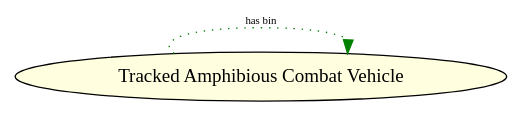
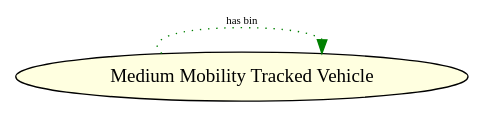
One commit to fwromano/ontology_generator changed the diagram in 4omDOT.dot. Above: the diagram before and after it, drawn with Graphviz. The commit also changed other lines of this file and 2 other files, not shown here.

```diff
--- a/4omDOT.dot
+++ b/4omDOT.dot
@@ -1,12 +1,12 @@
 strict digraph G {
 rankdir=LR;
 fontsize=10;
+http [shape=box, style=filled, fillcolor=lightblue, color=black, label="All Terrain Vehicle", tooltip="A class representing small vehicles designed for varied terrains."];
+http [shape=box, style=filled, fillcolor=lightblue, color=black, label="Tracked Vehicle", tooltip="A class representing vehicles that move on tracks."];
+http [shape=box, style=filled, fillcolor=lightblue, color=black, label="Ground Vehicle", tooltip="A class representing various types of ground vehicles."];
+http [shape=box, style=filled, fillcolor=lightblue, color=black, label="Amphibious Combat Vehicle", tooltip="A class representing military vehicles capable of operating on land and water."];
 http [shape=box, style=filled, fillcolor=lightblue, color=black, label="Wheeled Vehicle", tooltip="A class representing vehicles that move on wheels."];
 http [shape=box, style=filled, fillcolor=lightblue, color=black, label="Vehicle Bin", tooltip="A class representing categories of vehicles based on mobility."];
-http [shape=box, style=filled, fillcolor=lightblue, color=black, label="Tracked Vehicle", tooltip="A class representing vehicles that move on tracks."];
-http [shape=box, style=filled, fillcolor=lightblue, color=black, label="Ground Vehicle", tooltip="A class representing various types of ground vehicles."];
-http [shape=box, style=filled, fillcolor=lightblue, color=black, label="All Terrain Vehicle", tooltip="A class representing small vehicles designed for varied terrains."];
-http [shape=box, style=filled, fillcolor=lightblue, color=black, label="Amphibious Combat Vehicle", tooltip="A class representing military vehicles capable of operating on land and water."];
 http [shape=box, style=filled, fillcolor=lightblue, color=black, label="Tracked Vehicle", tooltip="A class representing vehicles that move on tracks."];
 http [shape=box, style=filled, fillcolor=lightblue, color=black, label="Ground Vehicle", tooltip="A class representing various types of ground vehicles."];
 http:"//www.example.org/ontology#TrackedVehicle" -> http:"//www.example.org/ontology#GroundVehicle" [label=subClassOf, style=dotted, color=blue];
@@ -19,60 +19,60 @@
 http [shape=box, style=filled, fillcolor=lightblue, color=black, label="Ground Vehicle", tooltip="A class representing various types of ground vehicles."];
 http [shape=box, style=filled, fillcolor=lightblue, color=black, label="Vehicle Bin", tooltip="A class representing categories of vehicles based on mobility."];
 http:"//www.example.org/ontology#GroundVehicle" -> http:"//www.example.org/ontology#VehicleBin" [label="has bin", fontsize=8, color=gray];
-http [shape=ellipse, style=filled, fillcolor=lightyellow, color=black, label="has maximum road speed", tooltip="The maximum speed of the vehicle in kilometers per hour."];
 http [shape=ellipse, style=filled, fillcolor=lightyellow, color=black, label="has power-to-weight ratio", tooltip="The power-to-weight ratio of the vehicle."];
 http [shape=ellipse, style=filled, fillcolor=lightyellow, color=black, label="Low Mobility Tracked Vehicle", tooltip="Vehicles with low mobility capabilities on tracks."];
-http [shape=ellipse, style=filled, fillcolor=lightyellow, color=black, label="Medium Mobility Wheeled Vehicle", tooltip="Vehicles with medium mobility capabilities on wheels."];
-http [shape=ellipse, style=filled, fillcolor=lightyellow, color=black, label=M60AVLB];
+http [shape=ellipse, style=filled, fillcolor=lightyellow, color=black, label="High Mobility Wheeled Vehicle", tooltip="Vehicles with high mobility capabilities on wheels."];
 http [shape=ellipse, style=filled, fillcolor=lightyellow, color=black, label="Light All Terrain Vehicle", tooltip="Light vehicles designed for various terrains."];
-http [shape=ellipse, style=filled, fillcolor=lightyellow, color=black, label="Medium Mobility Tracked Vehicle", tooltip="Vehicles with medium mobility capabilities on tracks."];
-http [shape=ellipse, style=filled, fillcolor=lightyellow, color=black, label="M1A1 Tank"];
-http [shape=ellipse, style=filled, fillcolor=lightyellow, color=black, label="M1084 MTV"];
-http [shape=ellipse, style=filled, fillcolor=lightyellow, color=black, label="High Mobility Tracked Vehicle", tooltip="Vehicles with high mobility capabilities on tracks."];
+http [shape=ellipse, style=filled, fillcolor=lightyellow, color=black, label="Wheeled Amphibious Combat Vehicle", tooltip="Amphibious combat vehicles that are wheeled."];
+http [shape=ellipse, style=filled, fillcolor=lightyellow, color=black, label="has maximum road speed", tooltip="The maximum speed of the vehicle in kilometers per hour."];
+http [shape=ellipse, style=filled, fillcolor=lightyellow, color=black, label="M113A2 APC"];
 http [shape=ellipse, style=filled, fillcolor=lightyellow, color=black, label="has combat weight", tooltip="The weight of the vehicle in kilograms."];
-http [shape=ellipse, style=filled, fillcolor=lightyellow, color=black, label="Low Mobility Wheeled Vehicle", tooltip="Vehicles with low mobility capabilities on wheels."];
+http [shape=ellipse, style=filled, fillcolor=lightyellow, color=black, label="Tracked Amphibious Combat Vehicle", tooltip="Amphibious combat vehicles that are tracked."];
 http [shape=ellipse, style=filled, fillcolor=lightyellow, color=black, label="Kawasaki ATV"];
 http [shape=ellipse, style=filled, fillcolor=lightyellow, color=black, label="LAV-25"];
-http [shape=ellipse, style=filled, fillcolor=lightyellow, color=black, label="High Mobility Wheeled Vehicle", tooltip="Vehicles with high mobility capabilities on wheels."];
+http [shape=ellipse, style=filled, fillcolor=lightyellow, color=black, label="M923 Truck"];
 http [shape=ellipse, style=filled, fillcolor=lightyellow, color=black, label="M911 HET"];
-http [shape=ellipse, style=filled, fillcolor=lightyellow, color=black, label="Tracked Amphibious Combat Vehicle", tooltip="Amphibious combat vehicles that are tracked."];
-http [shape=ellipse, style=filled, fillcolor=lightyellow, color=black, label="M923 Truck"];
+http [shape=ellipse, style=filled, fillcolor=lightyellow, color=black, label="Ground Vehicles Categorization Ontology", tooltip="An ontology to categorize ground vehicles based on mobility parameters."];
+http [shape=ellipse, style=filled, fillcolor=lightyellow, color=black, label="Low Mobility Wheeled Vehicle", tooltip="Vehicles with low mobility capabilities on wheels."];
+http [shape=ellipse, style=filled, fillcolor=lightyellow, color=black, label="High Mobility Tracked Vehicle", tooltip="Vehicles with high mobility capabilities on tracks."];
+http [shape=ellipse, style=filled, fillcolor=lightyellow, color=black, label="M1084 MTV"];
+http [shape=ellipse, style=filled, fillcolor=lightyellow, color=black, label="M1A1 Tank"];
+http [shape=ellipse, style=filled, fillcolor=lightyellow, color=black, label=M60AVLB];
 http [shape=ellipse, style=filled, fillcolor=lightyellow, color=black, label="M2A2 Bradley"];
-http [shape=ellipse, style=filled, fillcolor=lightyellow, color=black, label="M113A2 APC"];
-http [shape=ellipse, style=filled, fillcolor=lightyellow, color=black, label="Wheeled Amphibious Combat Vehicle", tooltip="Amphibious combat vehicles that are wheeled."];
-http [shape=ellipse, style=filled, fillcolor=lightyellow, color=black, label="Ground Vehicles Categorization Ontology", tooltip="An ontology to categorize ground vehicles based on mobility parameters."];
+http [shape=ellipse, style=filled, fillcolor=lightyellow, color=black, label="Medium Mobility Tracked Vehicle", tooltip="Vehicles with medium mobility capabilities on tracks."];
+http [shape=ellipse, style=filled, fillcolor=lightyellow, color=black, label="Medium Mobility Wheeled Vehicle", tooltip="Vehicles with medium mobility capabilities on wheels."];
 http:"//www.example.org/ontology#LowMobilityTrackedVehicle" -> http:"//www.example.org/ontology#VehicleBin" [label="rdf:type", color=green];
-http:"//www.example.org/ontology#MediumMobilityWheeledVehicle" -> http:"//www.example.org/ontology#VehicleBin" [label="rdf:type", color=green];
-http:"//www.example.org/ontology#M60AVLB" -> http:"//www.example.org/ontology#TrackedVehicle" [label="rdf:type", color=green];
+http:"//www.example.org/ontology#HighMobilityWheeledVehicle" -> http:"//www.example.org/ontology#VehicleBin" [label="rdf:type", color=green];
 http:"//www.example.org/ontology#LightATV" -> http:"//www.example.org/ontology#VehicleBin" [label="rdf:type", color=green];
-http:"//www.example.org/ontology#MediumMobilityTrackedVehicle" -> http:"//www.example.org/ontology#VehicleBin" [label="rdf:type", color=green];
-http:"//www.example.org/ontology#M1A1" -> http:"//www.example.org/ontology#TrackedVehicle" [label="rdf:type", color=green];
-http:"//www.example.org/ontology#M1084MTV" -> http:"//www.example.org/ontology#WheeledVehicle" [label="rdf:type", color=green];
-http:"//www.example.org/ontology#HighMobilityTrackedVehicle" -> http:"//www.example.org/ontology#VehicleBin" [label="rdf:type", color=green];
-http:"//www.example.org/ontology#LowMobilityWheeledVehicle" -> http:"//www.example.org/ontology#VehicleBin" [label="rdf:type", color=green];
-http:"//www.example.org/ontology#HighMobilityWheeledVehicle" -> http:"//www.example.org/ontology#VehicleBin" [label="rdf:type", color=green];
-http:"//www.example.org/ontology#M911" -> http:"//www.example.org/ontology#WheeledVehicle" [label="rdf:type", color=green];
+http:"//www.example.org/ontology#WheeledACV" -> http:"//www.example.org/ontology#VehicleBin" [label="rdf:type", color=green];
+http:"//www.example.org/ontology#M113A2" -> http:"//www.example.org/ontology#AmphibiousCombatVehicle" [label="rdf:type", color=green];
 http:"//www.example.org/ontology#TrackedACV" -> http:"//www.example.org/ontology#VehicleBin" [label="rdf:type", color=green];
 http:"//www.example.org/ontology#M923" -> http:"//www.example.org/ontology#WheeledVehicle" [label="rdf:type", color=green];
+http:"//www.example.org/ontology#M911" -> http:"//www.example.org/ontology#WheeledVehicle" [label="rdf:type", color=green];
+http:"//www.example.org/ontology#LowMobilityWheeledVehicle" -> http:"//www.example.org/ontology#VehicleBin" [label="rdf:type", color=green];
+http:"//www.example.org/ontology#HighMobilityTrackedVehicle" -> http:"//www.example.org/ontology#VehicleBin" [label="rdf:type", color=green];
+http:"//www.example.org/ontology#M1084MTV" -> http:"//www.example.org/ontology#WheeledVehicle" [label="rdf:type", color=green];
+http:"//www.example.org/ontology#M1A1" -> http:"//www.example.org/ontology#TrackedVehicle" [label="rdf:type", color=green];
+http:"//www.example.org/ontology#M60AVLB" -> http:"//www.example.org/ontology#TrackedVehicle" [label="rdf:type", color=green];
 http:"//www.example.org/ontology#M2A2" -> http:"//www.example.org/ontology#TrackedVehicle" [label="rdf:type", color=green];
-http:"//www.example.org/ontology#M113A2" -> http:"//www.example.org/ontology#AmphibiousCombatVehicle" [label="rdf:type", color=green];
-http:"//www.example.org/ontology#WheeledACV" -> http:"//www.example.org/ontology#VehicleBin" [label="rdf:type", color=green];
-http [shape=ellipse, style=filled, fillcolor=lightyellow, color=black, label="Low Mobility Tracked Vehicle", tooltip="Vehicles with low mobility capabilities on tracks."];
-http:"//www.example.org/ontology#M60AVLB" -> http:"//www.example.org/ontology#LowMobilityTrackedVehicle" [label="has bin", color=green];
-http [shape=ellipse, style=filled, fillcolor=lightyellow, color=black, label="High Mobility Tracked Vehicle", tooltip="Vehicles with high mobility capabilities on tracks."];
-http:"//www.example.org/ontology#M1A1" -> http:"//www.example.org/ontology#HighMobilityTrackedVehicle" [label="has bin", color=green];
-http [shape=ellipse, style=filled, fillcolor=lightyellow, color=black, label="High Mobility Wheeled Vehicle", tooltip="Vehicles with high mobility capabilities on wheels."];
-http:"//www.example.org/ontology#M1084MTV" -> http:"//www.example.org/ontology#HighMobilityWheeledVehicle" [label="has bin", color=green];
+http:"//www.example.org/ontology#MediumMobilityTrackedVehicle" -> http:"//www.example.org/ontology#VehicleBin" [label="rdf:type", color=green];
+http:"//www.example.org/ontology#MediumMobilityWheeledVehicle" -> http:"//www.example.org/ontology#VehicleBin" [label="rdf:type", color=green];
+http [shape=ellipse, style=filled, fillcolor=lightyellow, color=black, label="Tracked Amphibious Combat Vehicle", tooltip="Amphibious combat vehicles that are tracked."];
+http:"//www.example.org/ontology#M113A2" -> http:"//www.example.org/ontology#TrackedACV" [label="has bin", color=green];
 http [shape=ellipse, style=filled, fillcolor=lightyellow, color=black, label="Light All Terrain Vehicle", tooltip="Light vehicles designed for various terrains."];
 http:"//www.example.org/ontology#KawasakiATV" -> http:"//www.example.org/ontology#LightATV" [label="has bin", color=green];
 http [shape=ellipse, style=filled, fillcolor=lightyellow, color=black, label="Wheeled Amphibious Combat Vehicle", tooltip="Amphibious combat vehicles that are wheeled."];
 http:"//www.example.org/ontology#LAV25" -> http:"//www.example.org/ontology#WheeledACV" [label="has bin", color=green];
+http [shape=ellipse, style=filled, fillcolor=lightyellow, color=black, label="Medium Mobility Wheeled Vehicle", tooltip="Vehicles with medium mobility capabilities on wheels."];
+http:"//www.example.org/ontology#M923" -> http:"//www.example.org/ontology#MediumMobilityWheeledVehicle" [label="has bin", color=green];
 http [shape=ellipse, style=filled, fillcolor=lightyellow, color=black, label="Low Mobility Wheeled Vehicle", tooltip="Vehicles with low mobility capabilities on wheels."];
 http:"//www.example.org/ontology#M911" -> http:"//www.example.org/ontology#LowMobilityWheeledVehicle" [label="has bin", color=green];
-http [shape=ellipse, style=filled, fillcolor=lightyellow, color=black, label="Medium Mobility Wheeled Vehicle", tooltip="Vehicles with medium mobility capabilities on wheels."];
-http:"//www.example.org/ontology#M923" -> http:"//www.example.org/ontology#MediumMobilityWheeledVehicle" [label="has bin", color=green];
+http [shape=ellipse, style=filled, fillcolor=lightyellow, color=black, label="High Mobility Wheeled Vehicle", tooltip="Vehicles with high mobility capabilities on wheels."];
+http:"//www.example.org/ontology#M1084MTV" -> http:"//www.example.org/ontology#HighMobilityWheeledVehicle" [label="has bin", color=green];
+http [shape=ellipse, style=filled, fillcolor=lightyellow, color=black, label="High Mobility Tracked Vehicle", tooltip="Vehicles with high mobility capabilities on tracks."];
+http:"//www.example.org/ontology#M1A1" -> http:"//www.example.org/ontology#HighMobilityTrackedVehicle" [label="has bin", color=green];
+http [shape=ellipse, style=filled, fillcolor=lightyellow, color=black, label="Low Mobility Tracked Vehicle", tooltip="Vehicles with low mobility capabilities on tracks."];
+http:"//www.example.org/ontology#M60AVLB" -> http:"//www.example.org/ontology#LowMobilityTrackedVehicle" [label="has bin", color=green];
 http [shape=ellipse, style=filled, fillcolor=lightyellow, color=black, label="Medium Mobility Tracked Vehicle", tooltip="Vehicles with medium mobility capabilities on tracks."];
 http:"//www.example.org/ontology#M2A2" -> http:"//www.example.org/ontology#MediumMobilityTrackedVehicle" [label="has bin", color=green];
-http [shape=ellipse, style=filled, fillcolor=lightyellow, color=black, label="Tracked Amphibious Combat Vehicle", tooltip="Amphibious combat vehicles that are tracked."];
-http:"//www.example.org/ontology#M113A2" -> http:"//www.example.org/ontology#TrackedACV" [label="has bin", color=green];
 }
```
